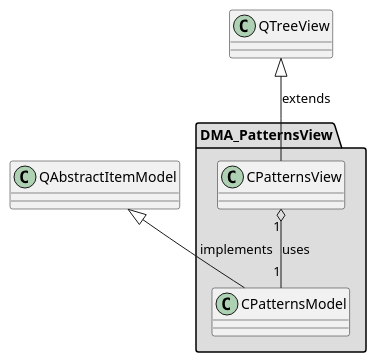
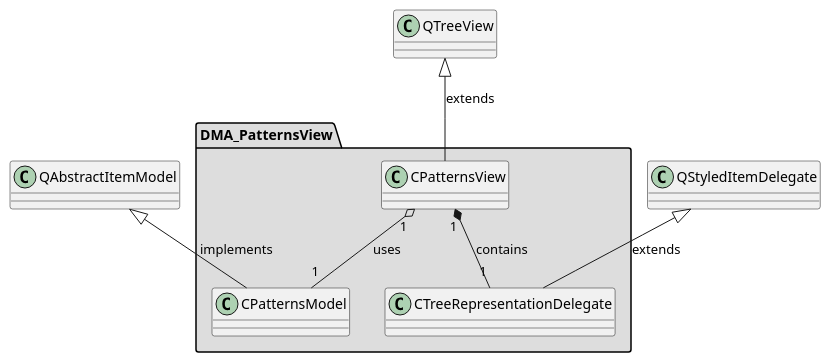
The diagram in md/dev_docs/puml/DMA_PatternsView_standalone.puml (svlad-90/DLT-Message-Analyzer), drawn with PlantUML before and after one commit. The commit also changed 28 other files, not shown here.

First line of the commit message:
[ISSUE #108][GENERAL] Introduce the work-flow, which will update information about the size of the repository

```diff
--- a/md/dev_docs/puml/DMA_PatternsView_standalone.puml
+++ b/md/dev_docs/puml/DMA_PatternsView_standalone.puml
@@ -2,24 +2,30 @@
 @startuml
 
 skinparam wrapWidth 600
 package "DMA_PatternsView" #DDDDDD
 {
 
 class "CPatternsModel"
 {
 }
 
 class "CPatternsView"
 {
 }
 
+class "CTreeRepresentationDelegate"
+{
+}
+
 }
 
 '====================Inheritance section====================
 QAbstractItemModel <|-- CPatternsModel : implements
 QTreeView <|-- CPatternsView : extends
+QStyledItemDelegate <|-- CTreeRepresentationDelegate : extends
 
 '====================Dependencies section====================
 CPatternsView "1" o-- "1" CPatternsModel : uses
+CPatternsView "1" *-- "1" CTreeRepresentationDelegate : contains
 
 @enduml
```
